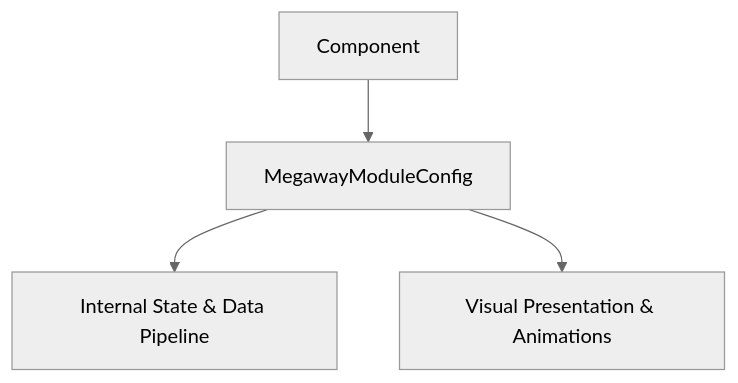
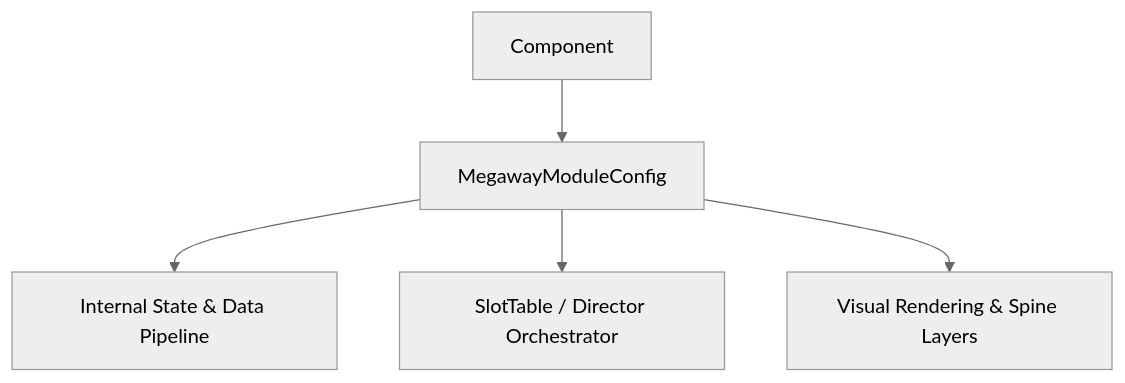
The diagram in docs/cc_slot_mechanics/modules/MegawayModuleConfig/01_overview/01_architecture_and_role.md (lam-ark/mcp-fwcc), drawn with Mermaid (neutral theme) before and after one commit. The commit also changed other lines of this file and 2509 other files, not shown here.

````diff
--- a/docs/cc_slot_mechanics/modules/MegawayModuleConfig/01_overview/01_architecture_and_role.md
+++ b/docs/cc_slot_mechanics/modules/MegawayModuleConfig/01_overview/01_architecture_and_role.md
@@ -18,6 +24,7 @@
 ```mermaid
 graph TD
-    Parent[Component] --> Mod[MegawayModuleConfig]
-    Mod --> State[Internal State & Data Pipeline]
-    Mod --> Render[Visual Presentation & Animations]
+    SuperClass[Component] --> TargetClass[MegawayModuleConfig]
+    TargetClass --> DataPipeline[Internal State & Data Pipeline]
+    TargetClass --> Orchestrator[SlotTable / Director Orchestrator]
+    TargetClass --> ViewLayer[Visual Rendering & Spine Layers]
 ```
````
